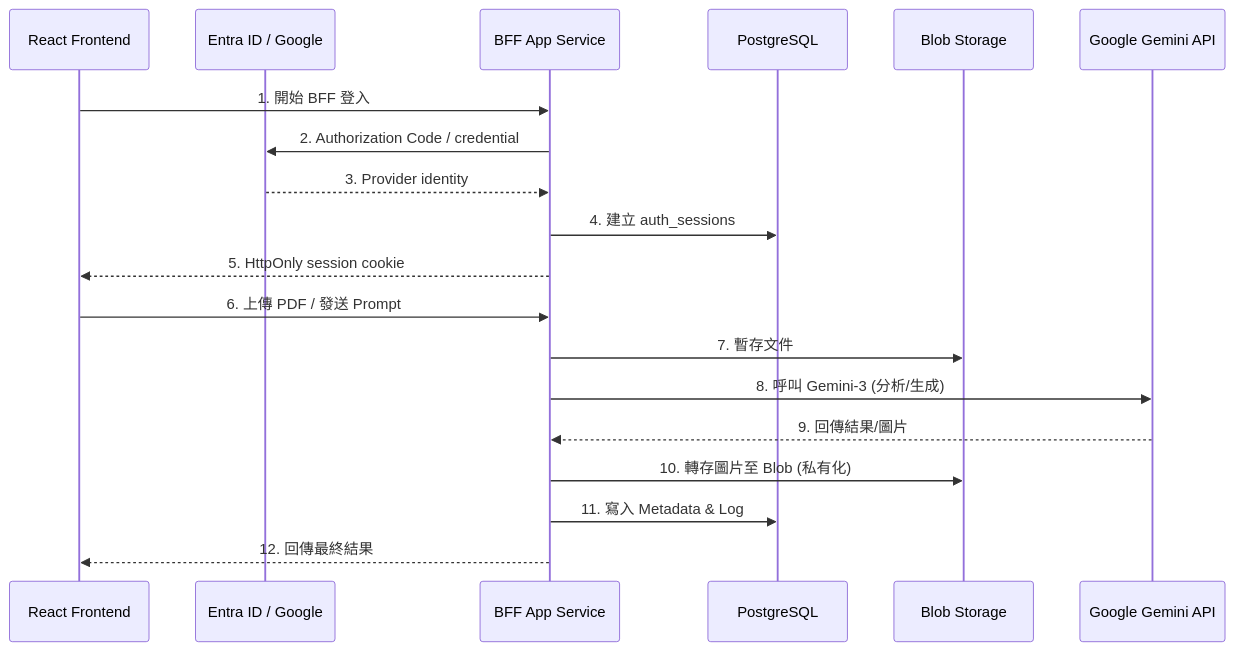
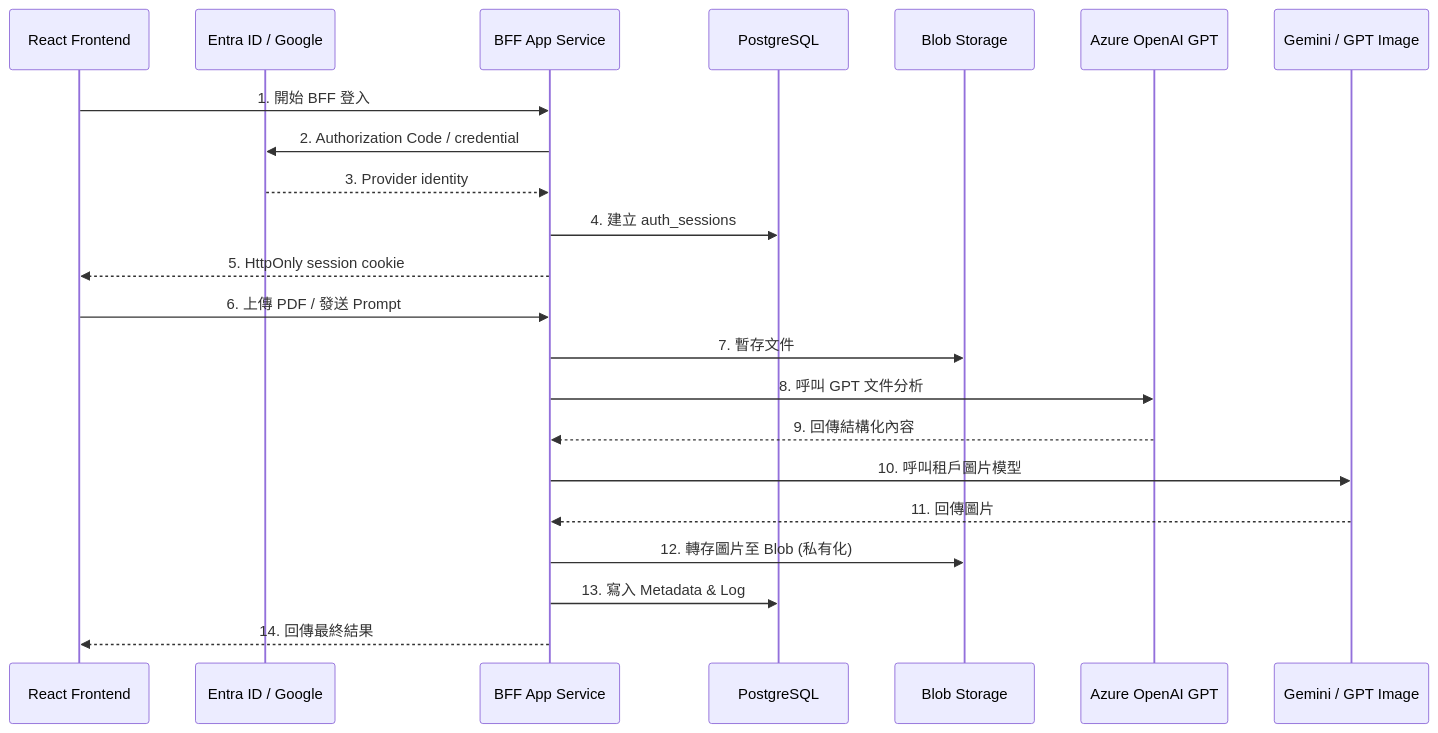
The first of 2 diagrams in docs/PRODUCT_PLAN.md (tony30552001/Genpic-master), drawn with Mermaid before and after one commit. The commit also changed other lines of this file and 25 other files, not shown here.

Commit message:
feat: switch document analysis to AnyDoc and GPT

````diff
--- a/docs/PRODUCT_PLAN.md
+++ b/docs/PRODUCT_PLAN.md
@@ -204,22 +204,25 @@
 ```mermaid
 sequenceDiagram
     participant User as React Frontend
     participant Auth as Entra ID / Google
     participant API as BFF App Service
     participant DB as PostgreSQL
     participant File as Blob Storage
-    participant AI as Google Gemini API
+    participant Analysis as Azure OpenAI GPT
+    participant Image as Gemini / GPT Image
 
     User->>API: 1. 開始 BFF 登入
     API->>Auth: 2. Authorization Code / credential
     Auth-->>API: 3. Provider identity
     API->>DB: 4. 建立 auth_sessions
     API-->>User: 5. HttpOnly session cookie
     User->>API: 6. 上傳 PDF / 發送 Prompt
     API->>File: 7. 暫存文件
-    API->>AI: 8. 呼叫 Gemini-3 (分析/生成)
-    AI-->>API: 9. 回傳結果/圖片
-    API->>File: 10. 轉存圖片至 Blob (私有化)
-    API->>DB: 11. 寫入 Metadata & Log
-    API-->>User: 12. 回傳最終結果
+    API->>Analysis: 8. 呼叫 GPT 文件分析
+    Analysis-->>API: 9. 回傳結構化內容
+    API->>Image: 10. 呼叫租戶圖片模型
+    Image-->>API: 11. 回傳圖片
+    API->>File: 12. 轉存圖片至 Blob (私有化)
+    API->>DB: 13. 寫入 Metadata & Log
+    API-->>User: 14. 回傳最終結果
 ```
````
